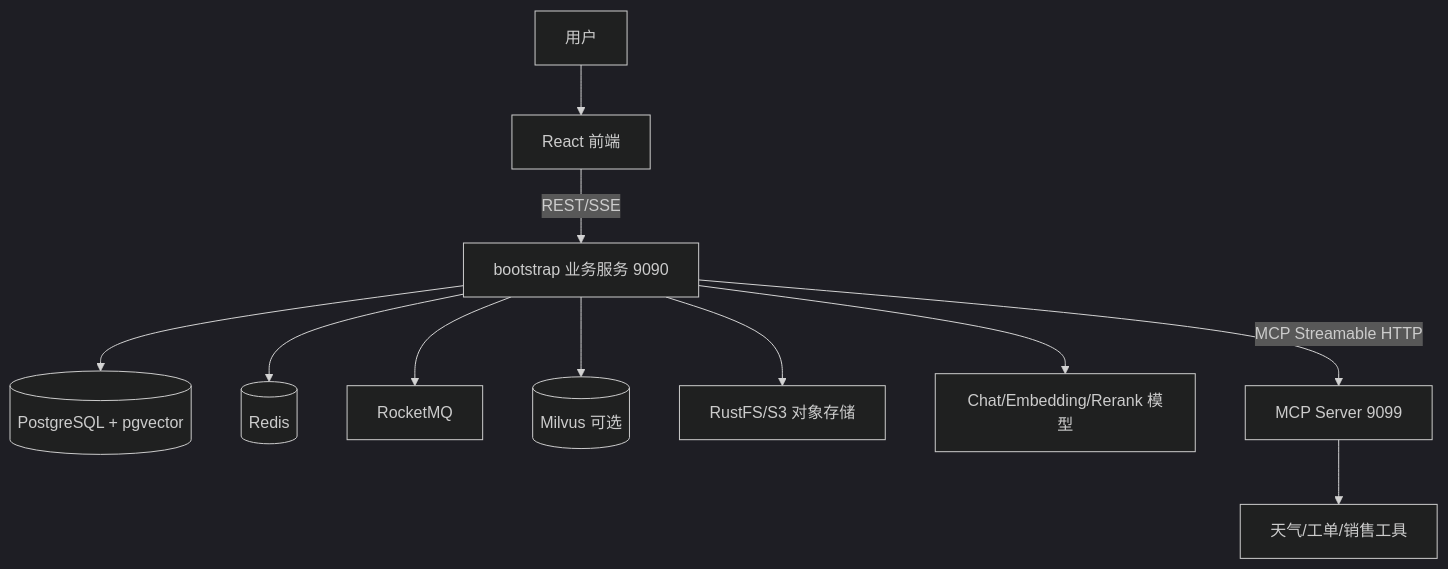
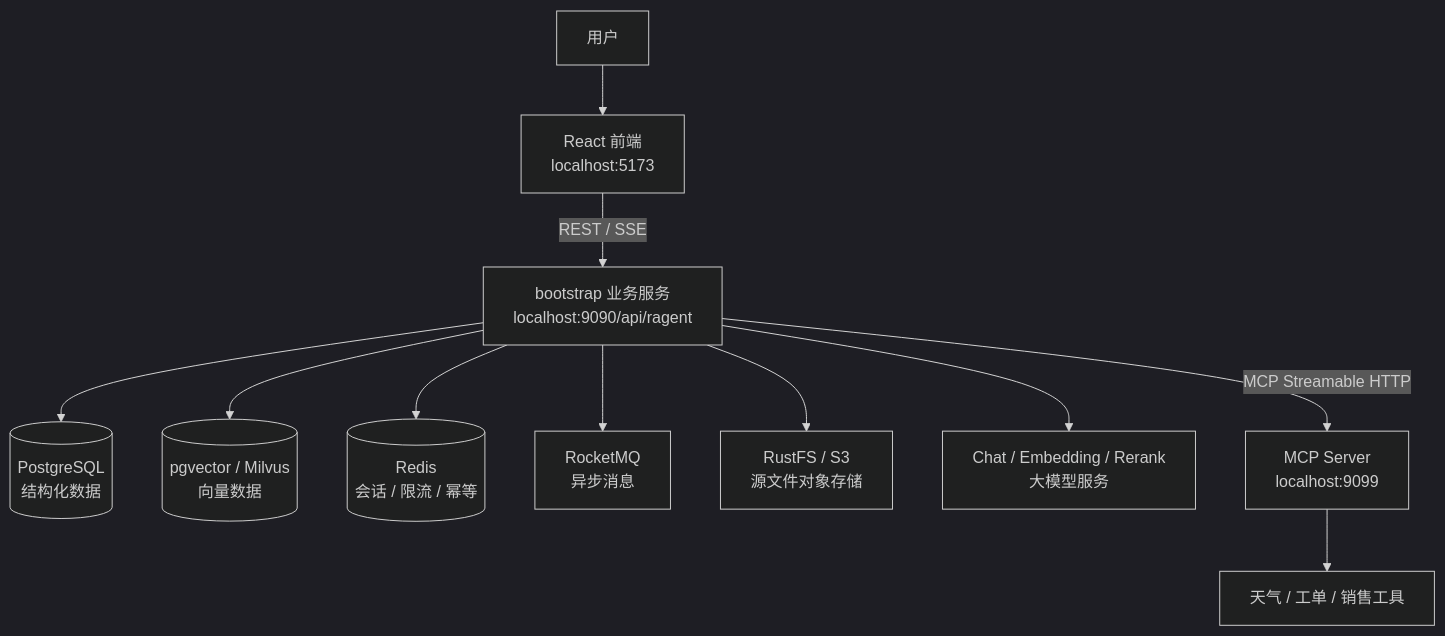
The first of 3 diagrams in docs/learning-notes/01-项目总览.md (Purpose-C/ragent), drawn with Mermaid (dark theme) before and after one commit. The commit also changed other lines of this file and 19 other files, not shown here.

````diff
--- a/docs/learning-notes/01-项目总览.md
+++ b/docs/learning-notes/01-项目总览.md
@@ -22,13 +47,13 @@
 ```mermaid
 flowchart TD
-    U[用户] --> F[React 前端]
-    F -->|REST/SSE| B[bootstrap 业务服务 9090]
-    B --> PG[(PostgreSQL + pgvector)]
-    B --> R[(Redis)]
-    B --> MQ[RocketMQ]
-    B --> V[(Milvus 可选)]
-    B --> S3[RustFS/S3 对象存储]
-    B --> AI[Chat/Embedding/Rerank 模型]
-    B -->|MCP Streamable HTTP| M[MCP Server 9099]
-    M --> T[天气/工单/销售工具]
+    U[用户] --> F[React 前端<br/>localhost:5173]
+    F -->|REST / SSE| B[bootstrap 业务服务<br/>localhost:9090/api/ragent]
+    B --> PG[(PostgreSQL<br/>结构化数据)]
+    B --> VEC[(pgvector / Milvus<br/>向量数据)]
+    B --> R[(Redis<br/>会话 / 限流 / 幂等)]
+    B --> MQ[RocketMQ<br/>异步消息]
+    B --> S3[RustFS / S3<br/>源文件对象存储]
+    B --> AI[Chat / Embedding / Rerank<br/>大模型服务]
+    B -->|MCP Streamable HTTP| M[MCP Server<br/>localhost:9099]
+    M --> T[天气 / 工单 / 销售工具]
 ```
````
